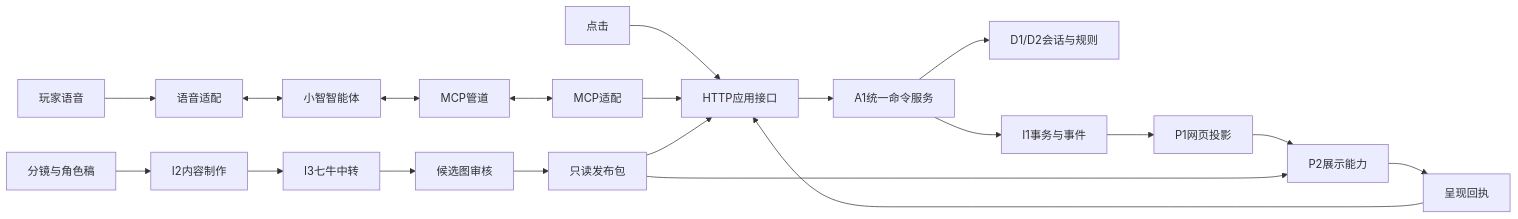
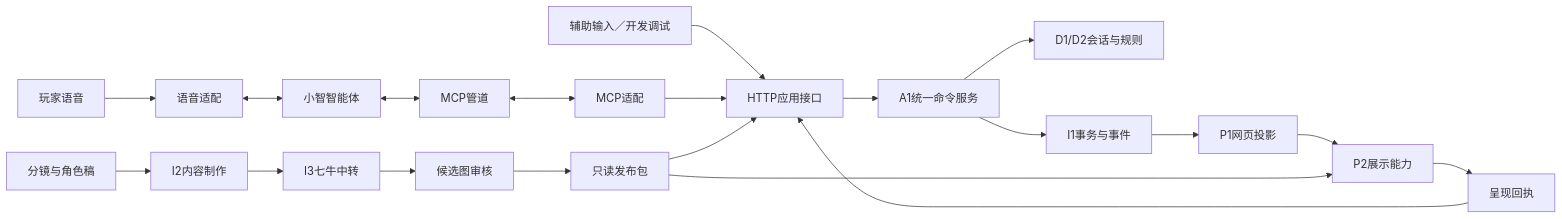
Before and after one commit to Xiean730829/HistoryPlay: the diagram in docs/时空博物馆-开发手册.md, drawn with Mermaid. The commit also changed other lines of this file and 6 other files, not shown here.

````diff
--- a/docs/时空博物馆-开发手册.md
+++ b/docs/时空博物馆-开发手册.md
@@ -61,22 +67,22 @@
 ```mermaid
 flowchart LR
-  Click[点击] --> API[HTTP应用接口]
+  Aux[辅助输入／开发调试] --> API[HTTP应用接口]
   Speech[玩家语音] --> Voice[语音适配]
   Voice <--> Cloud[小智智能体]
   Cloud <--> Pipe[MCP管道]
   Pipe <--> MCP[MCP适配]
   MCP --> API
   API --> Command[A1统一命令服务]
   Command --> Core[D1/D2会话与规则]
   Command --> Store[I1事务与事件]
   Store --> Web[P1网页投影]
   Web --> Render[P2展示能力]
   Render --> Receipt[呈现回执]
   Receipt --> API
   Draft[分镜与角色稿] --> Build[I2内容制作]
   Build --> Image[I3七牛中转]
   Image --> Review[候选图审核]
   Review --> Pack[只读发布包]
   Pack --> API
   Pack --> Render
 ```
````
